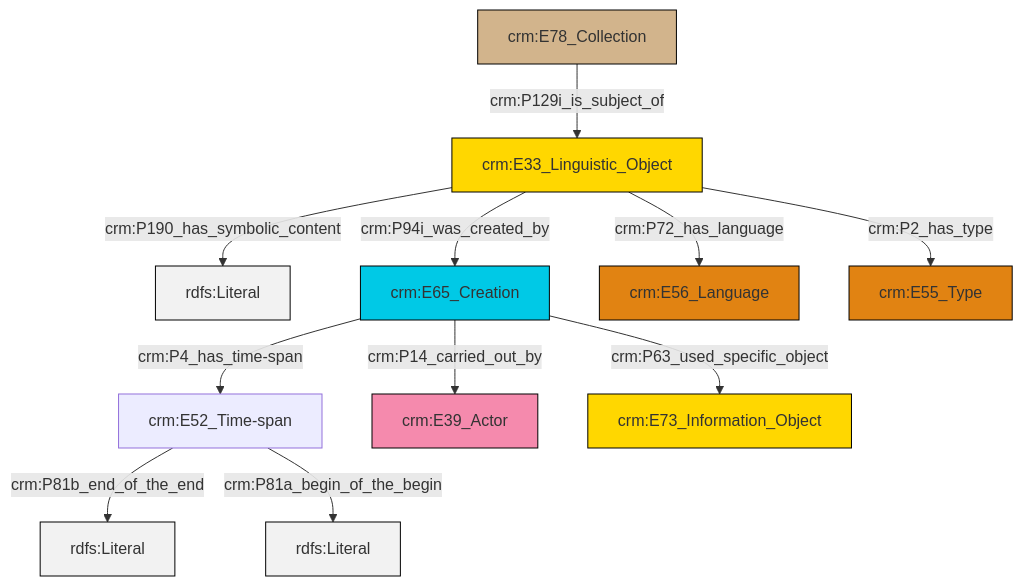
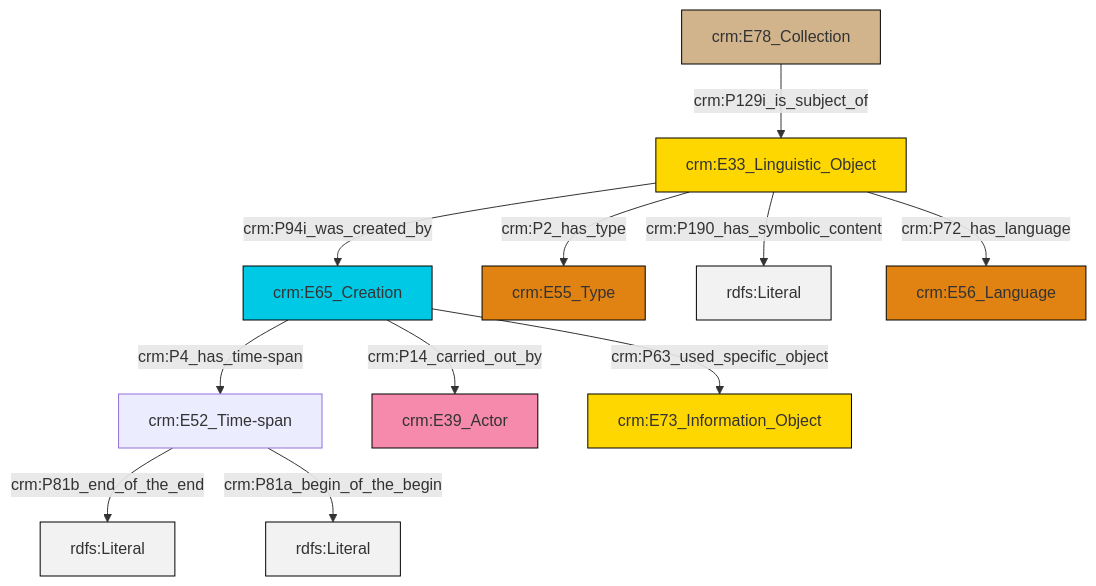
The diagram in et/archivalCSV/ttl/mmd/archival_desc.ttl.mmd (swiss-art-research-net/docs.swissartresearch), drawn with Mermaid before and after one commit. The commit also changed 178 other files, not shown here.

```diff
--- a/et/archivalCSV/ttl/mmd/archival_desc.ttl.mmd
+++ b/et/archivalCSV/ttl/mmd/archival_desc.ttl.mmd
@@ -1,25 +1,25 @@
 graph TD
 classDef Literal fill:#f2f2f2,stroke:#000000;
 classDef CRM_Entity fill:#FFFFFF,stroke:#000000;
 classDef Temporal_Entity fill:#00C9E6, stroke:#000000;
 classDef Type fill:#E18312, stroke:#000000;
 classDef Time-Span fill:#2C9C91, stroke:#000000;
 classDef Appellation fill:#FFEB7F, stroke:#000000;
 classDef Place fill:#008836, stroke:#000000;
 classDef Persistent_Item fill:#B266B2, stroke:#000000;
 classDef Conceptual_Object fill:#FFD700, stroke:#000000;
 classDef Physical_Thing fill:#D2B48C, stroke:#000000;
 classDef Actor fill:#f58aad, stroke:#000000;
 classDef PC_Classes fill:#4ce600, stroke:#000000;
 classDef Multi fill:#cccccc,stroke:#000000;
 
-0["crm:E33_Linguistic_Object"]:::Conceptual_Object -->|crm:P190_has_symbolic_content| 1[rdfs:Literal]:::Literal
-3["crm:E52_Time-span"]:::Default -->|crm:P81b_end_of_the_end| 4[rdfs:Literal]:::Literal
-7["crm:E78_Collection"]:::Physical_Thing -->|crm:P129i_is_subject_of| 0["crm:E33_Linguistic_Object"]:::Conceptual_Object
-9["crm:E65_Creation"]:::Temporal_Entity -->|crm:P4_has_time-span| 3["crm:E52_Time-span"]:::Default
-0["crm:E33_Linguistic_Object"]:::Conceptual_Object -->|crm:P72_has_language| 10["crm:E56_Language"]:::Type
-0["crm:E33_Linguistic_Object"]:::Conceptual_Object -->|crm:P2_has_type| 11["crm:E55_Type"]:::Type
-3["crm:E52_Time-span"]:::Default -->|crm:P81a_begin_of_the_begin| 15[rdfs:Literal]:::Literal
-9["crm:E65_Creation"]:::Temporal_Entity -->|crm:P63_used_specific_object| 13["crm:E73_Information_Object"]:::Conceptual_Object
-0["crm:E33_Linguistic_Object"]:::Conceptual_Object -->|crm:P94i_was_created_by| 9["crm:E65_Creation"]:::Temporal_Entity
-9["crm:E65_Creation"]:::Temporal_Entity -->|crm:P14_carried_out_by| 5["crm:E39_Actor"]:::Actor
+0["crm:E52_Time-span"]:::Default -->|crm:P81b_end_of_the_end| 1[rdfs:Literal]:::Literal
+2["crm:E33_Linguistic_Object"]:::Conceptual_Object -->|crm:P94i_was_created_by| 3["crm:E65_Creation"]:::Temporal_Entity
+4["crm:E78_Collection"]:::Physical_Thing -->|crm:P129i_is_subject_of| 2["crm:E33_Linguistic_Object"]:::Conceptual_Object
+3["crm:E65_Creation"]:::Temporal_Entity -->|crm:P4_has_time-span| 0["crm:E52_Time-span"]:::Default
+0["crm:E52_Time-span"]:::Default -->|crm:P81a_begin_of_the_begin| 5[rdfs:Literal]:::Literal
+3["crm:E65_Creation"]:::Temporal_Entity -->|crm:P14_carried_out_by| 8["crm:E39_Actor"]:::Actor
+3["crm:E65_Creation"]:::Temporal_Entity -->|crm:P63_used_specific_object| 11["crm:E73_Information_Object"]:::Conceptual_Object
+2["crm:E33_Linguistic_Object"]:::Conceptual_Object -->|crm:P190_has_symbolic_content| 13[rdfs:Literal]:::Literal
+2["crm:E33_Linguistic_Object"]:::Conceptual_Object -->|crm:P72_has_language| 15["crm:E56_Language"]:::Type
+2["crm:E33_Linguistic_Object"]:::Conceptual_Object -->|crm:P2_has_type| 6["crm:E55_Type"]:::Type
```
